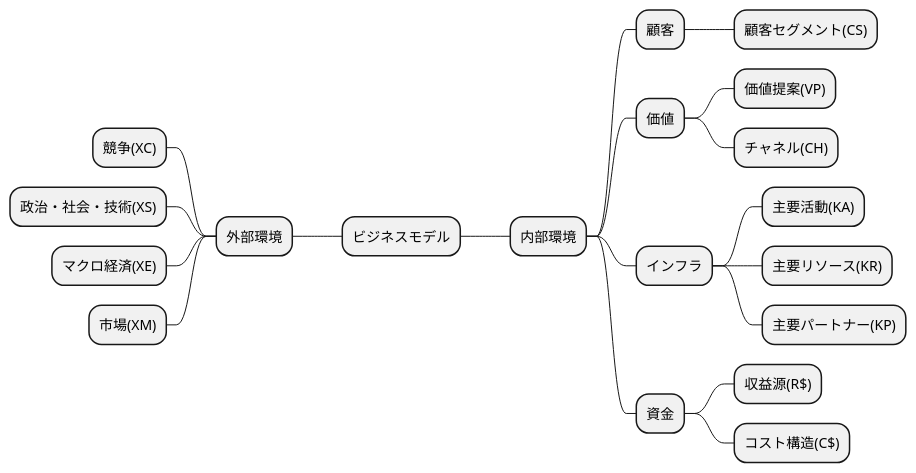
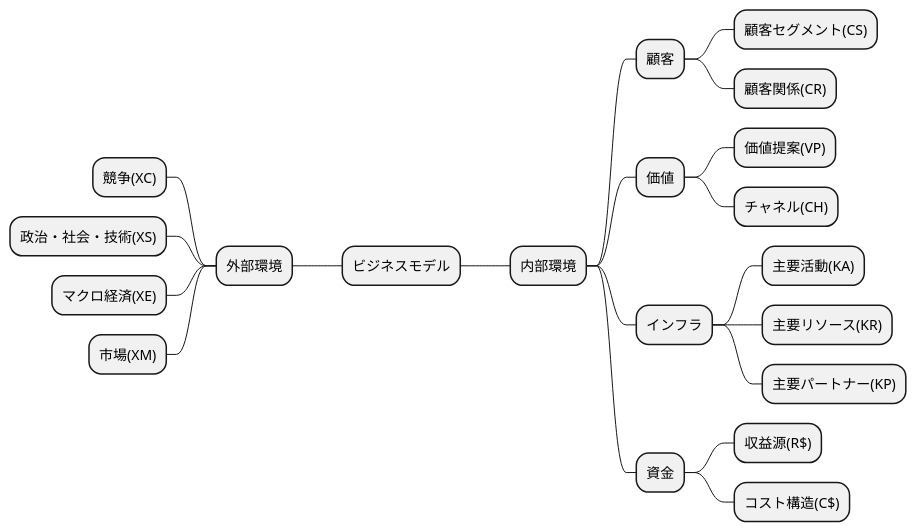
One commit to k2works/requirements_definition_excercise changed the second of 12 diagrams in docs/study.md. Above: the diagram before and after it, drawn with PlantUML. The commit also changed 1 other file, not shown here.

Commit message:
R03 事例3

````diff
--- a/docs/study.md
+++ b/docs/study.md
@@ -16,23 +16,24 @@
 ```plantuml
 @startmindmap
 * ビジネスモデル
 -- 外部環境
 --- 競争(XC)
 --- 政治・社会・技術(XS)
 --- マクロ経済(XE)
 --- 市場(XM)
 ** 内部環境
 *** 顧客
 **** 顧客セグメント(CS)
+**** 顧客関係(CR)
 *** 価値
 **** 価値提案(VP)
 **** チャネル(CH)
 *** インフラ
 **** 主要活動(KA)
 **** 主要リソース(KR)
 **** 主要パートナー(KP)
 *** 資金
 **** 収益源(R$)
 **** コスト構造(C$)
 @endmindmap
 ```
````
